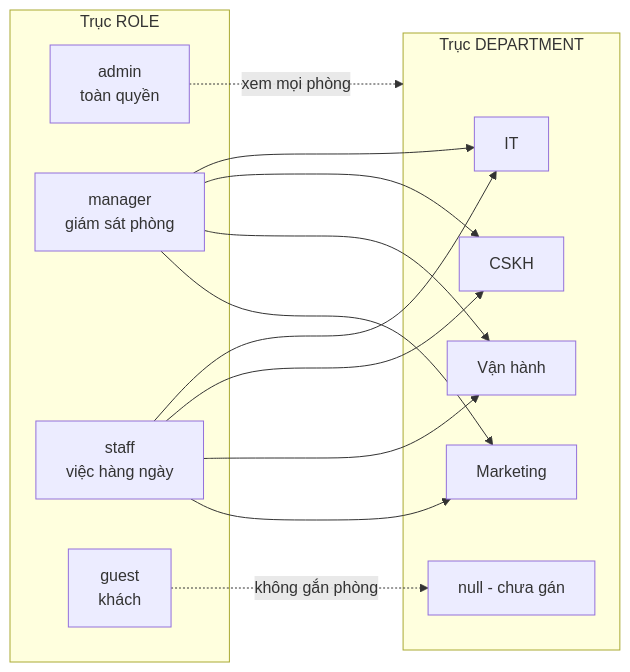
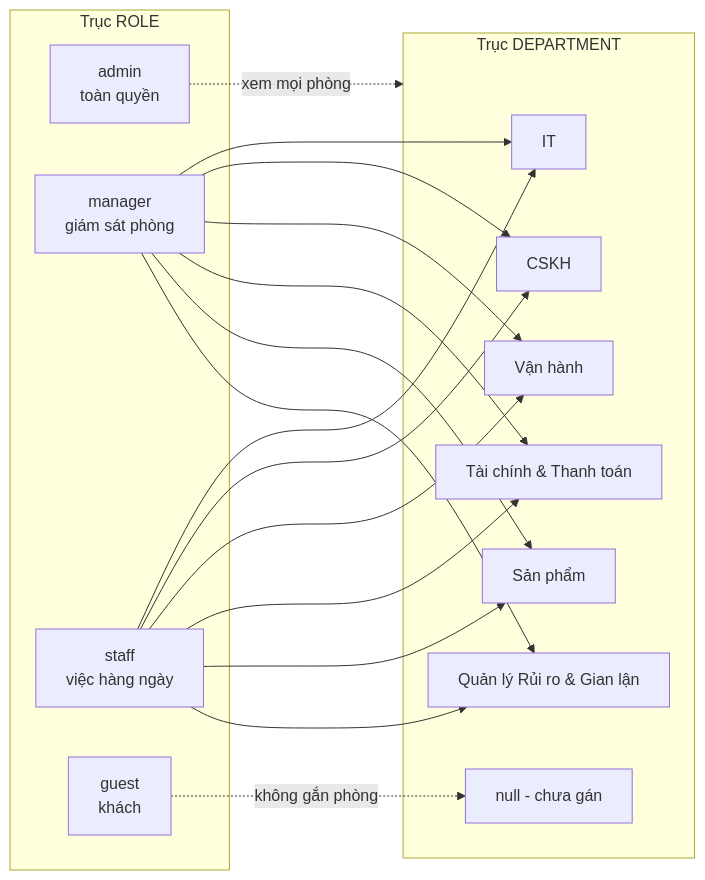
Before and after one commit to Kez-DE/AI-Quality-Intelligence-Platform: the fourth of 5 diagrams in docs/project/co_che.md, drawn with Mermaid. The commit also changed other lines of this file and 15 other files, not shown here.

First line of the commit message:
docs: đồng bộ tài liệu sang 6 phòng ban (Tài chính & Thanh toán, Sản phẩm, Quản lý Rủi ro & Gian lận)

````diff
--- a/docs/project/co_che.md
+++ b/docs/project/co_che.md
@@ -228,20 +228,22 @@
 ```mermaid
 flowchart LR
     subgraph Roles[Trục ROLE]
         admin[admin<br/>toàn quyền]
         manager[manager<br/>giám sát phòng]
         staff[staff<br/>việc hàng ngày]
         guest[guest<br/>khách]
     end
     subgraph Depts[Trục DEPARTMENT]
         IT[IT]
         CSKH[CSKH]
         VH[Vận hành]
-        MKT[Marketing]
+        FIN["Tài chính & Thanh toán"]
+        SP[Sản phẩm]
+        RR["Quản lý Rủi ro & Gian lận"]
         none[null - chưa gán]
     end
     admin -.->|xem mọi phòng| Depts
-    manager --> IT & CSKH & VH & MKT
-    staff --> IT & CSKH & VH & MKT
+    manager --> IT & CSKH & VH & FIN & SP & RR
+    staff --> IT & CSKH & VH & FIN & SP & RR
     guest -.->|không gắn phòng| none
 ```
````
